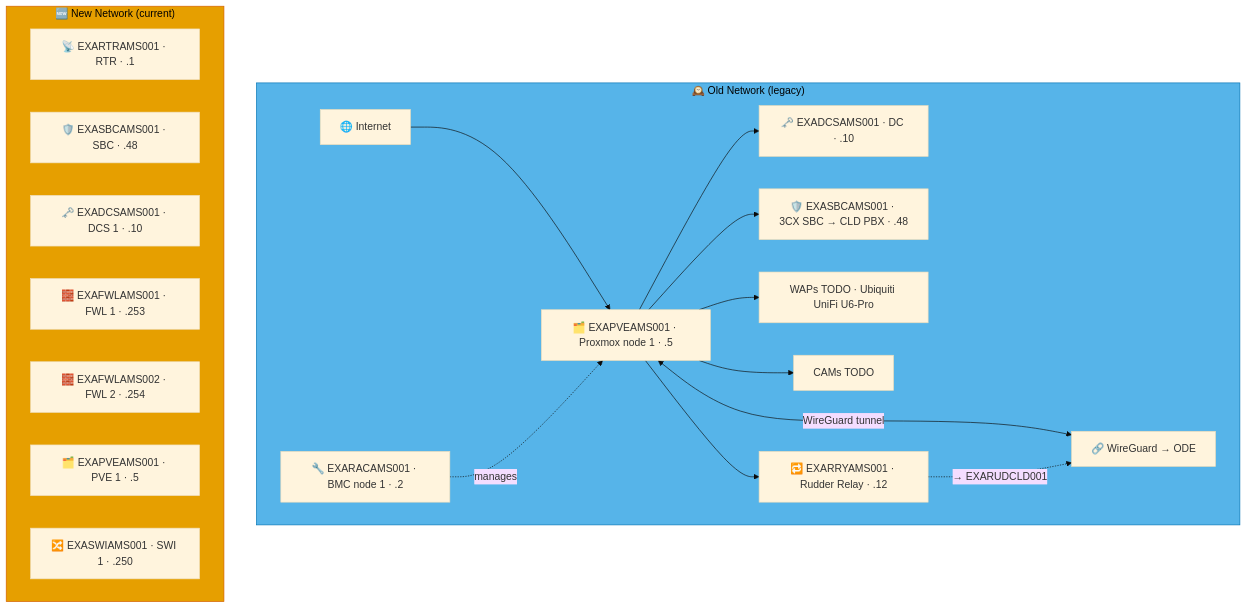
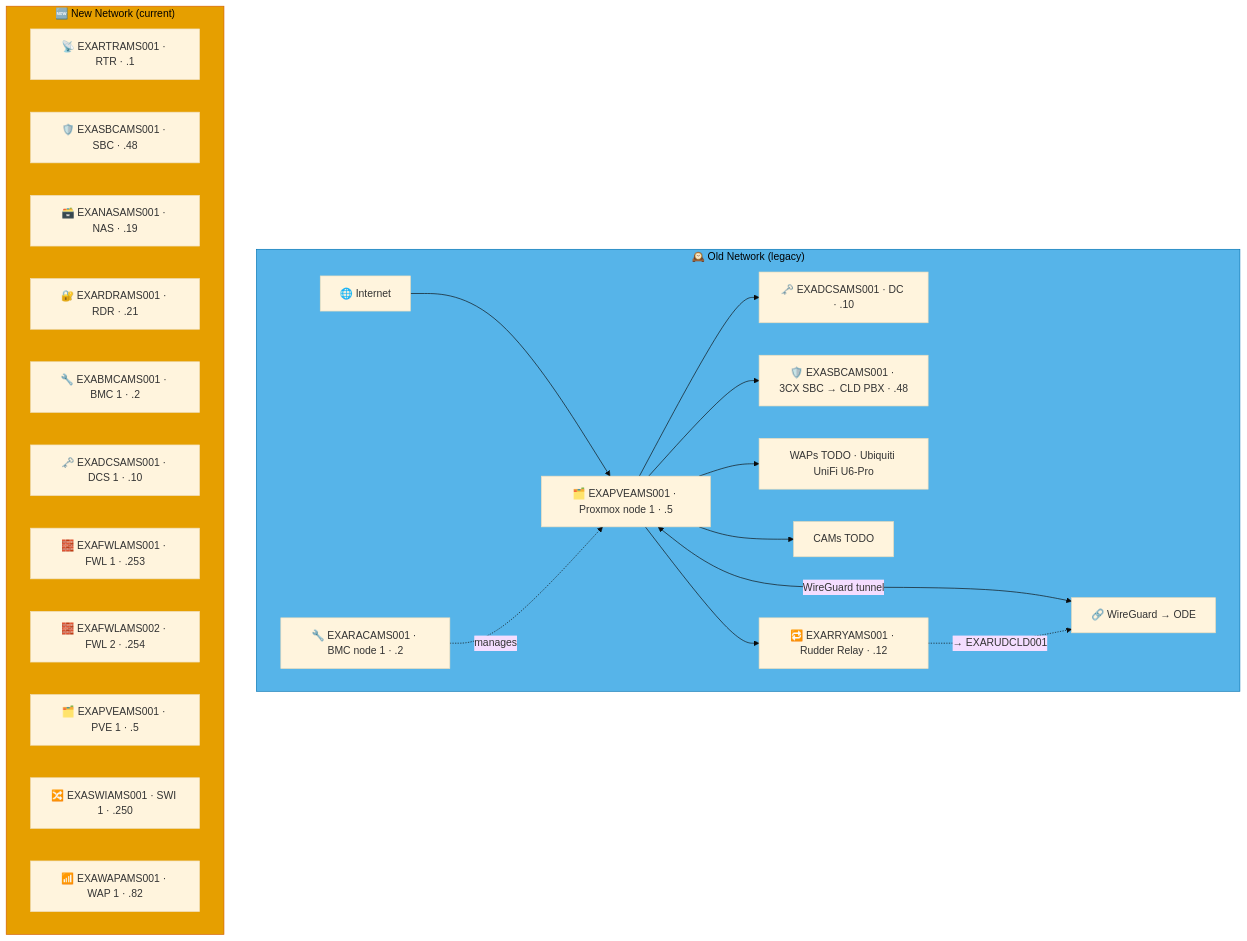
The diagram in docs/network-diagram/nederland.md (knightmare2600/example_music_infra), drawn with Mermaid (base theme) before and after one commit. The commit also changed 15 other files, not shown here.

````diff
--- a/docs/network-diagram/nederland.md
+++ b/docs/network-diagram/nederland.md
@@ -16,35 +16,39 @@
 ```mermaid
 graph TD
     subgraph OLD_AMS ["🕰️ Old Network (legacy)"]
       INET["🌐 Internet"]
       RAC["🔧 EXARACAMS001 · BMC node 1 · .2"]
       PVE["🗂️ EXAPVEAMS001 · Proxmox node 1 · .5"]
       DC["🗝️ EXADCSAMS001 · DC · .10"]
       SBC["🛡️ EXASBCAMS001 · 3CX SBC → CLD PBX · .48"]
       RRY["🔁 EXARRYAMS001 · Rudder Relay · .12"]
       WAP["WAPs TODO · Ubiquiti UniFi U6-Pro"]
       CAM["CAMs TODO"]
       VPN["🔗 WireGuard → ODE"]
 
       INET --> PVE --> DC & SBC
       RAC -.->|"manages"| PVE
       PVE --> WAP & CAM
       PVE <-->|"WireGuard tunnel"| VPN
 
       PVE --> RRY
       RRY -. "→ EXARUDCLD001" .-> VPN
     end
     style OLD_AMS fill:#56B4E9,stroke:#0072B2,color:#000000
     %% GENERATED:NEW-NETWORK:AMS:START
     subgraph NEW_AMS ["🆕 New Network (current)"]
       N_RTR["📡 EXARTRAMS001 · RTR · .1"]
       N_SBC["🛡️ EXASBCAMS001 · SBC · .48"]
+      N_NAS["🗃️ EXANASAMS001 · NAS · .19"]
+      N_RDR["🔐 EXARDRAMS001 · RDR · .21"]
+      N_BMC["🔧 EXABMCAMS001 · BMC 1 · .2"]
       N_DCS["🗝️ EXADCSAMS001 · DCS 1 · .10"]
       N_FWL["🧱 EXAFWLAMS001 · FWL 1 · .253"]
       N_FWL2["🧱 EXAFWLAMS002 · FWL 2 · .254"]
       N_PVE["🗂️ EXAPVEAMS001 · PVE 1 · .5"]
       N_SWI["🔀 EXASWIAMS001 · SWI 1 · .250"]
+      N_WAP["📶 EXAWAPAMS001 · WAP 1 · .82"]
     end
     style NEW_AMS fill:#E69F00,stroke:#D55E00,color:#000000
     %% GENERATED:NEW-NETWORK:AMS:END
 ```
````
